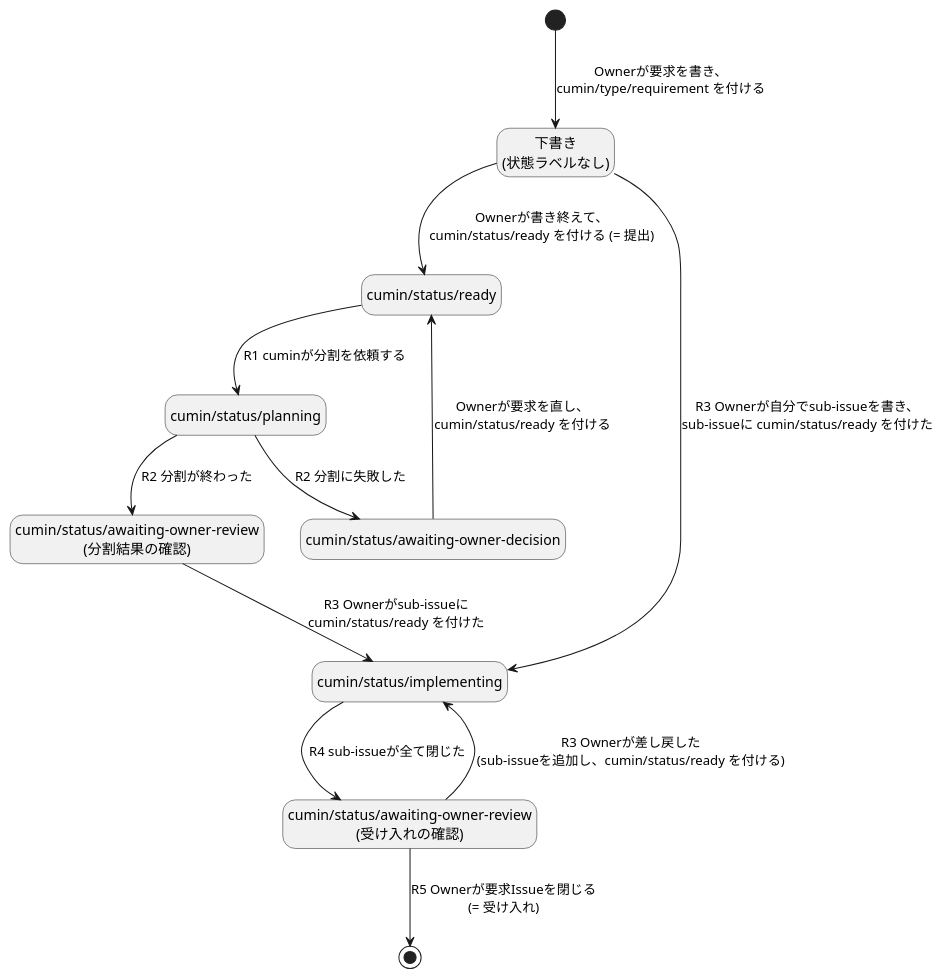
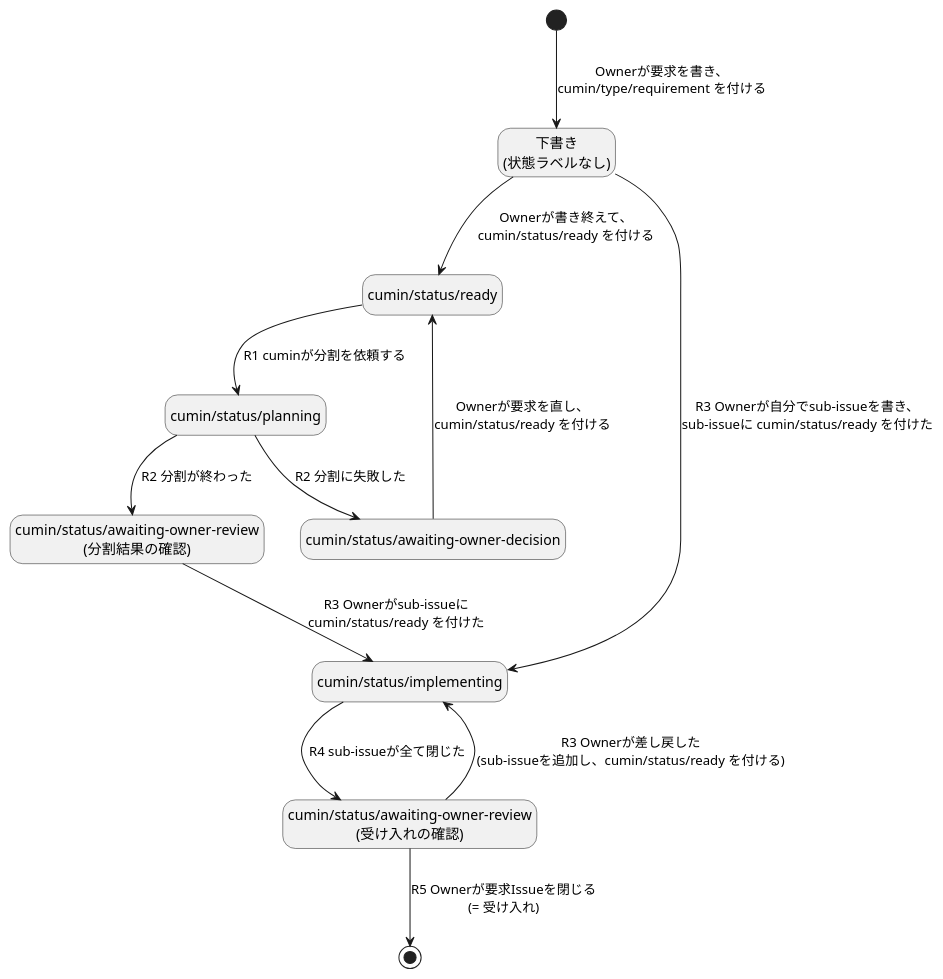
Before and after one commit to cloveclovedev/cumin-works: the diagram in docs/ja/requirements/workflow/requirement-issue-states.puml, drawn with PlantUML. The commit also changed 4 other files, not shown here.

```diff
--- a/docs/ja/requirements/workflow/requirement-issue-states.puml
+++ b/docs/ja/requirements/workflow/requirement-issue-states.puml
@@ -1,28 +1,28 @@
 @startuml requirement-issue-states
 ' cumin works v2 - 要求Issueの状態遷移
 ' 状態はGitHubのラベルで表す。遷移の番号 (R1など) は issue-states.md の表に対応する。
 ' SVGの書き出し: リポジトリの直下で scripts/render-diagrams.sh を実行する。
 
 hide empty description
 
 state "下書き\n(状態ラベルなし)" as Draft
 state "cumin/status/ready" as Ready
 state "cumin/status/planning" as Planning
 state "cumin/status/awaiting-owner-review\n(分割結果の確認)" as PlanReview
 state "cumin/status/implementing" as Implementing
 state "cumin/status/awaiting-owner-review\n(受け入れの確認)" as Acceptance
 state "cumin/status/awaiting-owner-decision" as Decision
 
 [*] --> Draft : Ownerが要求を書き、\ncumin/type/requirement を付ける
-Draft --> Ready : Ownerが書き終えて、\ncumin/status/ready を付ける (= 提出)
+Draft --> Ready : Ownerが書き終えて、\ncumin/status/ready を付ける
 Draft --> Implementing : R3 Ownerが自分でsub-issueを書き、\nsub-issueに cumin/status/ready を付けた
 Planning --> PlanReview : R2 分割が終わった
 Planning --> Decision : R2 分割に失敗した
 Decision --> Ready : Ownerが要求を直し、\ncumin/status/ready を付ける
 Ready --> Planning : R1 cuminが分割を依頼する
 PlanReview --> Implementing : R3 Ownerがsub-issueに\ncumin/status/ready を付けた
 Implementing --> Acceptance : R4 sub-issueが全て閉じた
 Acceptance --> Implementing : R3 Ownerが差し戻した\n(sub-issueを追加し、cumin/status/ready を付ける)
 Acceptance --> [*] : R5 Ownerが要求Issueを閉じる\n(= 受け入れ)
 
 @enduml
```
